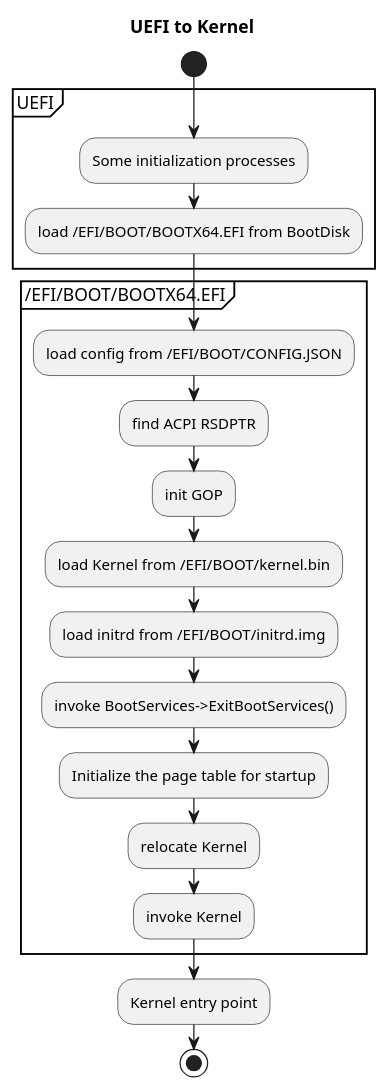
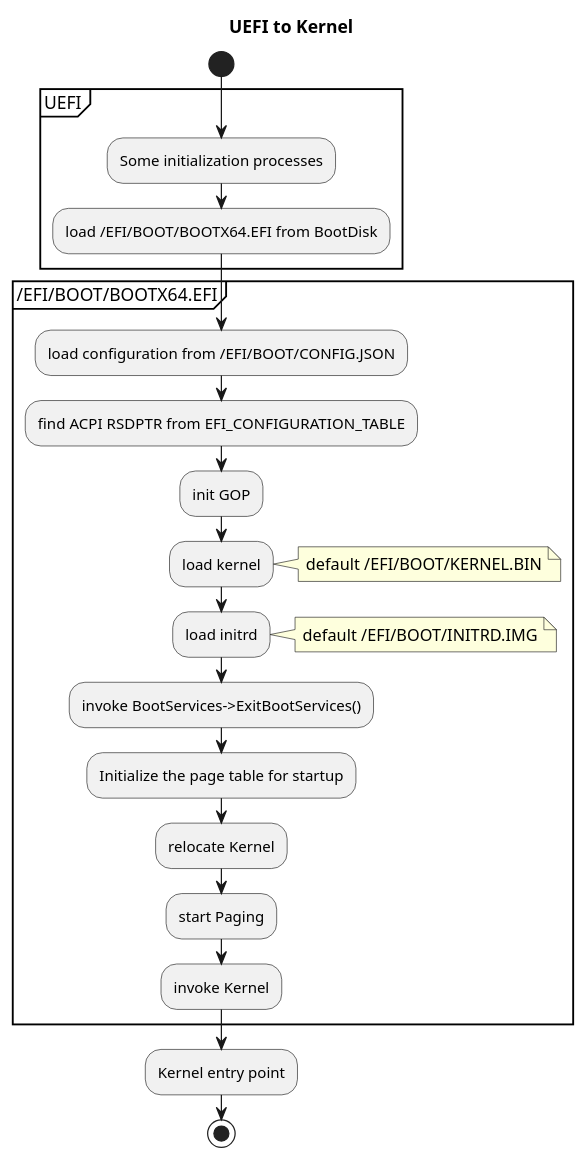
One commit to neri/maystorm changed the first of 3 diagrams in ARCHITECTURE.md. Above: the diagram before and after it, drawn with PlantUML. The commit also changed other lines of this file, not shown here.

````diff
--- a/ARCHITECTURE.md
+++ b/ARCHITECTURE.md
@@ -10,26 +10,33 @@
 ``` plantuml
 @startuml
 title UEFI to Kernel
 start
 
 partition UEFI {
     :Some initialization processes;
     :load /EFI/BOOT/BOOTX64.EFI from BootDisk;
 }
 
 partition /EFI/BOOT/BOOTX64.EFI {
-    :load config from /EFI/BOOT/CONFIG.JSON;
-    :find ACPI RSDPTR;
+    :load configuration from /EFI/BOOT/CONFIG.JSON;
+    :find ACPI RSDPTR from EFI_CONFIGURATION_TABLE;
     :init GOP;
-    :load Kernel from /EFI/BOOT/kernel.bin;
-    :load initrd from /EFI/BOOT/initrd.img;
+    :load kernel;
+    note right
+        default /EFI/BOOT/KERNEL.BIN
+    end note
+    :load initrd;
+    note right
+        default /EFI/BOOT/INITRD.IMG
+    end note
     :invoke BootServices->ExitBootServices();
     :Initialize the page table for startup;
     :relocate Kernel;
+    :start Paging;
     :invoke Kernel;
 }
 :Kernel entry point;
 stop
 
 @enduml
 ```
````
